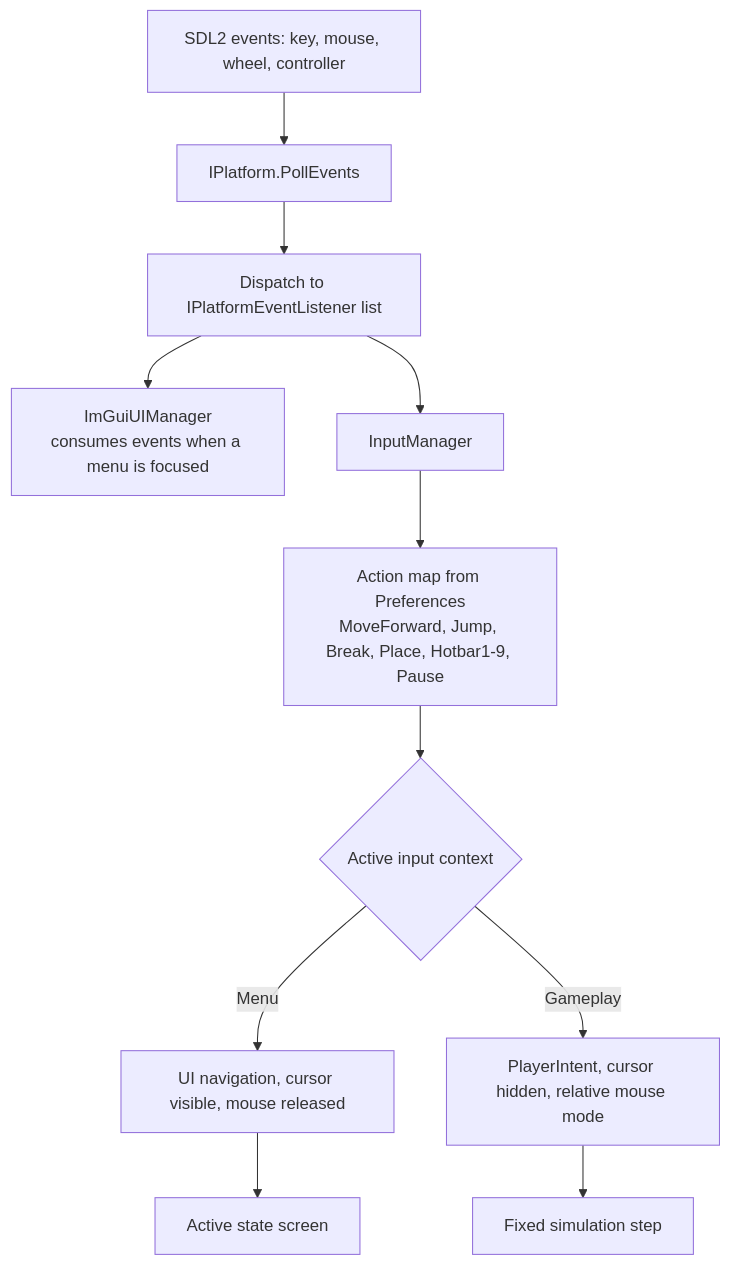
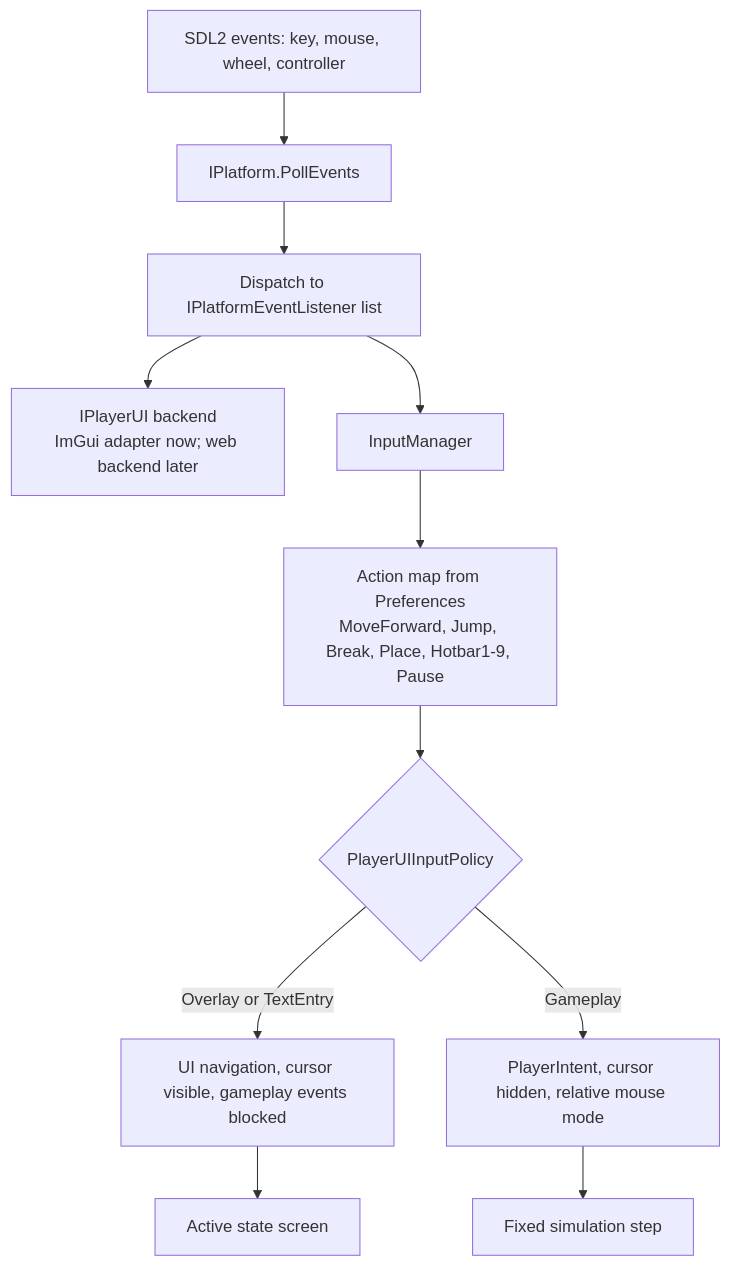
Before and after one commit to GoGurtPrime/voxels: the tenth of 16 diagrams in DIAGRAMS.md, drawn with Mermaid. The commit also changed other lines of this file and 22 other files, not shown here.

Commit message:
Agent: WIP on web gui

````diff
--- a/DIAGRAMS.md
+++ b/DIAGRAMS.md
@@ -348,13 +348,13 @@
 ```mermaid
 flowchart TD
     SDL["SDL2 events: key, mouse, wheel, controller"] --> PLATE["IPlatform.PollEvents"]
     PLATE --> LISTEN["Dispatch to IPlatformEventListener list"]
-    LISTEN --> UIL["ImGuiUIManager<br/>consumes events when a menu is focused"]
+    LISTEN --> UIL["IPlayerUI backend<br/>ImGui adapter now; web backend later"]
     LISTEN --> IM["InputManager"]
     IM --> MAP["Action map from Preferences<br/>MoveForward, Jump, Break, Place, Hotbar1-9, Pause"]
-    MAP --> CTX{"Active input context"}
-    CTX -- Menu --> UIACT["UI navigation, cursor visible, mouse released"]
+    MAP --> CTX{"PlayerUIInputPolicy"}
+    CTX -- Overlay or TextEntry --> UIACT["UI navigation, cursor visible, gameplay events blocked"]
     CTX -- Gameplay --> GACT["PlayerIntent, cursor hidden, relative mouse mode"]
     GACT --> SIMSTEP["Fixed simulation step"]
     UIACT --> SCREEN["Active state screen"]
 ```
````
